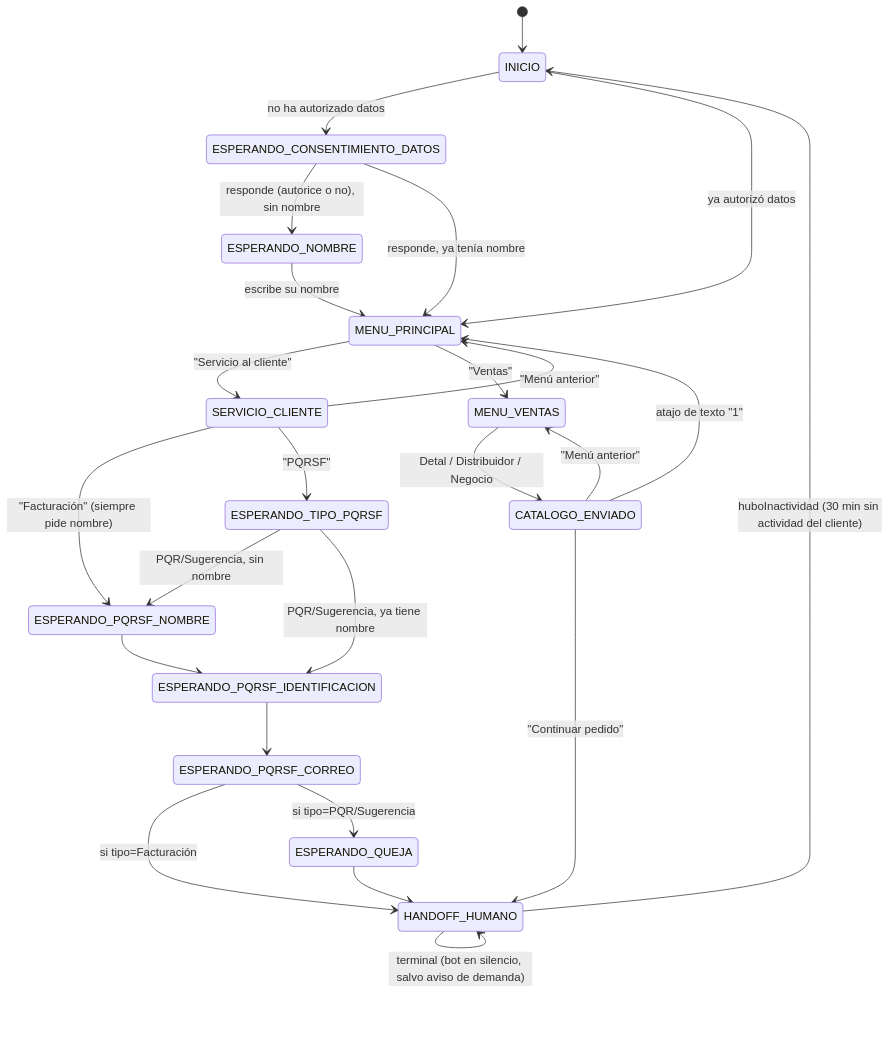
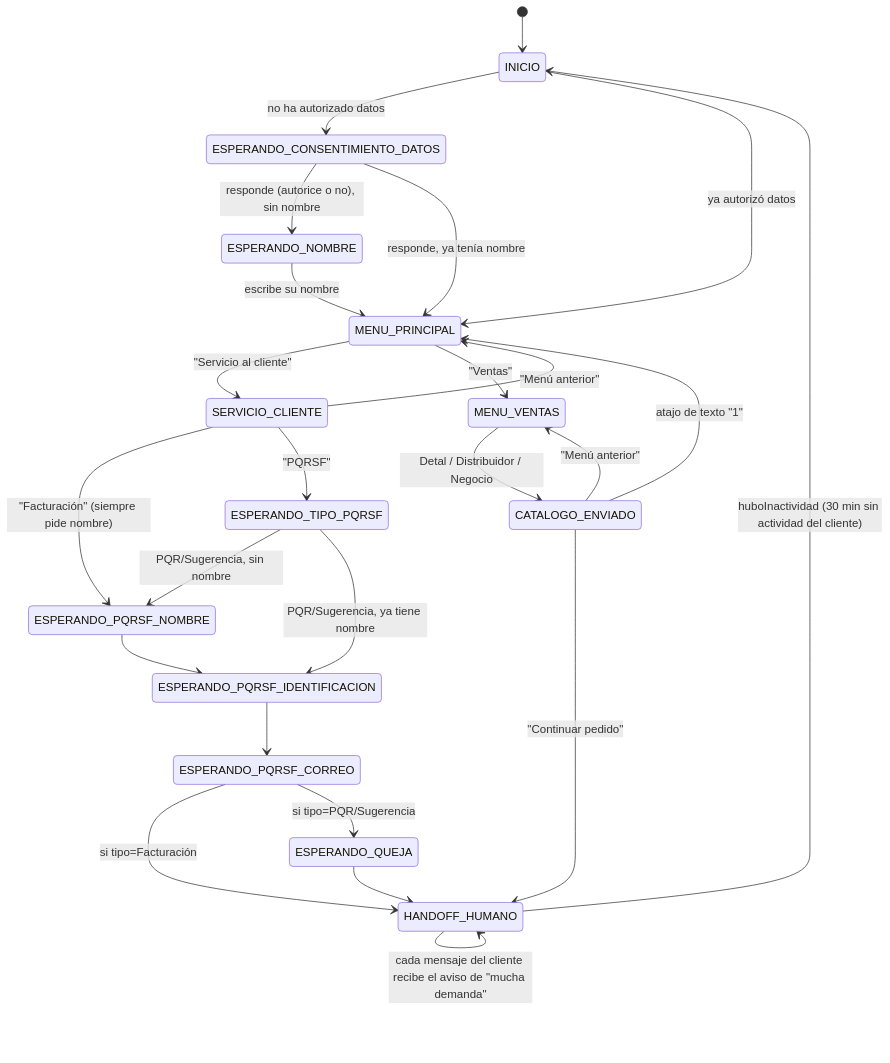
One commit to ventasecoalimentos/Whatsap_venta_lacteos changed the diagram in docs/FLUJO_ESTADOS.md. Above: the diagram before and after it, drawn with Mermaid. The commit also changed other lines of this file and 30 other files, not shown here.

First line of the commit message:
fix: simplificar el aviso de demanda a "responder siempre en handoff" y quitar la tarea de fondo

````diff
--- a/docs/FLUJO_ESTADOS.md
+++ b/docs/FLUJO_ESTADOS.md
@@ -38,32 +38,32 @@
 ```mermaid
 stateDiagram-v2
     [*] --> INICIO
     INICIO --> ESPERANDO_CONSENTIMIENTO_DATOS: no ha autorizado datos
     INICIO --> MENU_PRINCIPAL: ya autorizó datos
     ESPERANDO_CONSENTIMIENTO_DATOS --> ESPERANDO_NOMBRE: responde (autorice o no), sin nombre
     ESPERANDO_CONSENTIMIENTO_DATOS --> MENU_PRINCIPAL: responde, ya tenía nombre
     ESPERANDO_NOMBRE --> MENU_PRINCIPAL: escribe su nombre
 
     MENU_PRINCIPAL --> SERVICIO_CLIENTE: "Servicio al cliente"
     MENU_PRINCIPAL --> MENU_VENTAS: "Ventas"
 
     MENU_VENTAS --> CATALOGO_ENVIADO: Detal / Distribuidor / Negocio
     CATALOGO_ENVIADO --> MENU_PRINCIPAL: atajo de texto "1"
     CATALOGO_ENVIADO --> MENU_VENTAS: "Menú anterior"
     CATALOGO_ENVIADO --> HANDOFF_HUMANO: "Continuar pedido"
 
     SERVICIO_CLIENTE --> MENU_PRINCIPAL: "Menú anterior"
     SERVICIO_CLIENTE --> ESPERANDO_PQRSF_NOMBRE: "Facturación" (siempre pide nombre)
     SERVICIO_CLIENTE --> ESPERANDO_TIPO_PQRSF: "PQRSF"
 
     ESPERANDO_TIPO_PQRSF --> ESPERANDO_PQRSF_NOMBRE: PQR/Sugerencia, sin nombre
     ESPERANDO_TIPO_PQRSF --> ESPERANDO_PQRSF_IDENTIFICACION: PQR/Sugerencia, ya tiene nombre
     ESPERANDO_PQRSF_NOMBRE --> ESPERANDO_PQRSF_IDENTIFICACION
     ESPERANDO_PQRSF_IDENTIFICACION --> ESPERANDO_PQRSF_CORREO
     ESPERANDO_PQRSF_CORREO --> HANDOFF_HUMANO: si tipo=Facturación
     ESPERANDO_PQRSF_CORREO --> ESPERANDO_QUEJA: si tipo=PQR/Sugerencia
     ESPERANDO_QUEJA --> HANDOFF_HUMANO
 
-    HANDOFF_HUMANO --> HANDOFF_HUMANO: terminal (bot en silencio, salvo aviso de demanda)
+    HANDOFF_HUMANO --> HANDOFF_HUMANO: cada mensaje del cliente recibe el aviso de "mucha demanda"
     HANDOFF_HUMANO --> INICIO: huboInactividad (30 min sin actividad del cliente)
 ```
````
